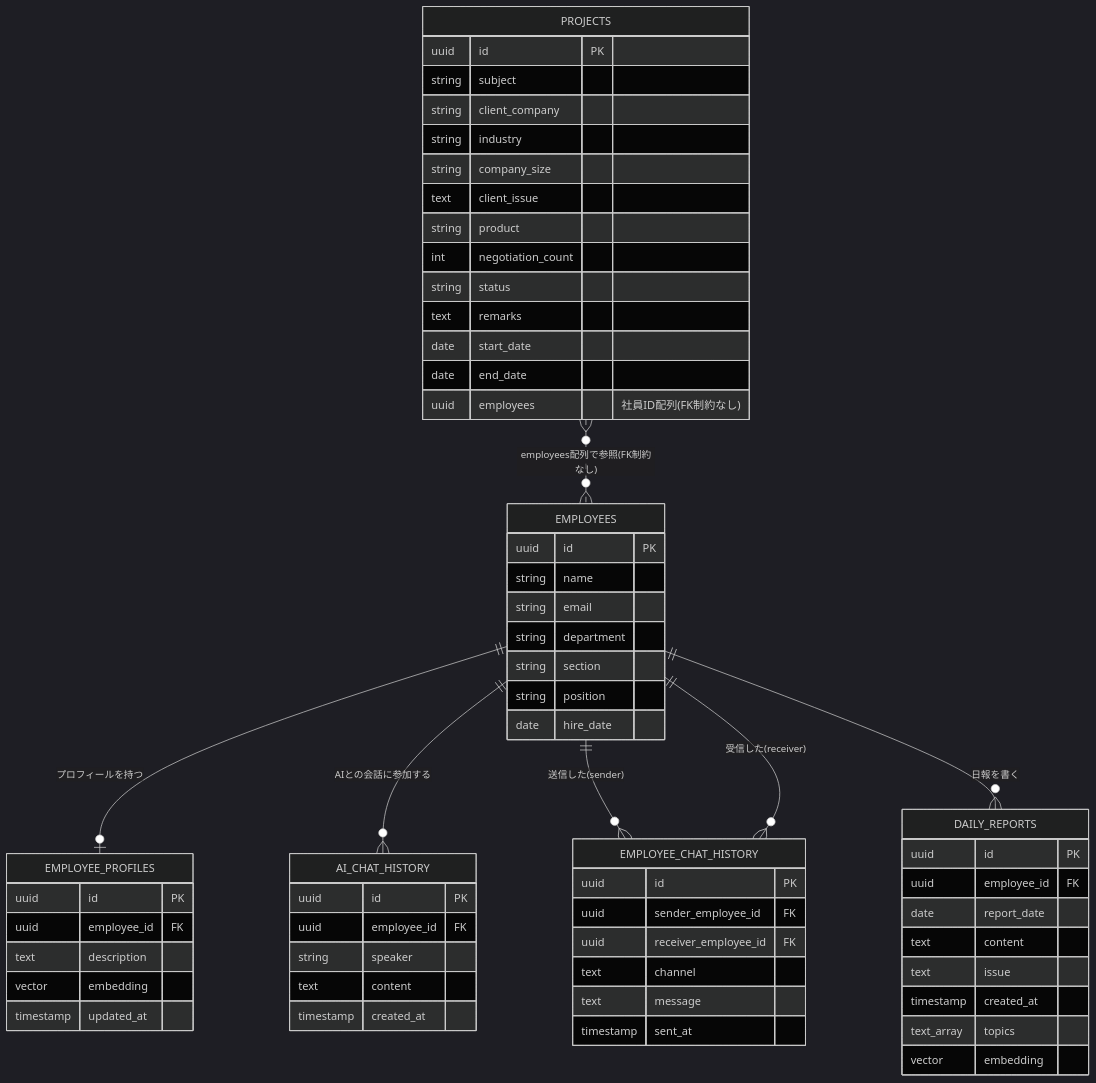
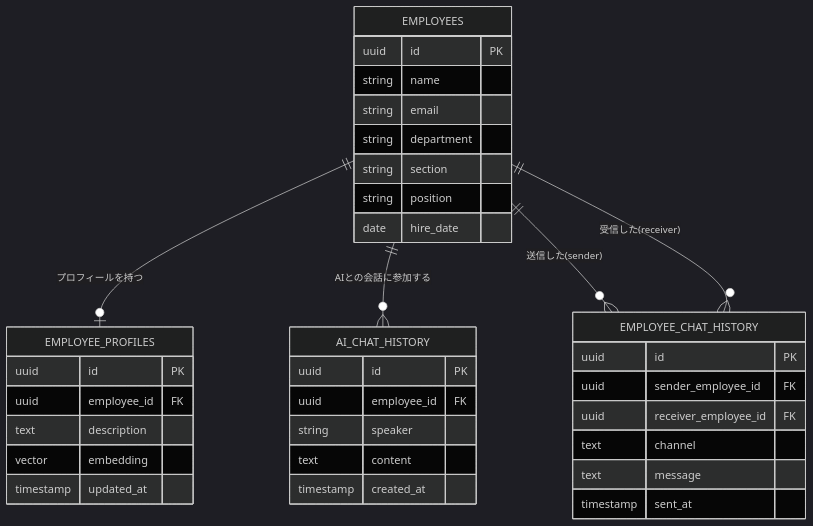
The first of 3 diagrams in docs/specs/db-schema.md (shiyow5/tekijin-next), drawn with Mermaid (dark theme) before and after one commit. The commit also changed other lines of this file and 24 other files, not shown here.

````diff
--- a/docs/specs/db-schema.md
+++ b/docs/specs/db-schema.md
@@ -18,66 +20,39 @@
 ```mermaid
 erDiagram
   EMPLOYEES ||--o| EMPLOYEE_PROFILES : "プロフィールを持つ"
   EMPLOYEES ||--o{ AI_CHAT_HISTORY : "AIとの会話に参加する"
   EMPLOYEES ||--o{ EMPLOYEE_CHAT_HISTORY : "送信した(sender)"
   EMPLOYEES ||--o{ EMPLOYEE_CHAT_HISTORY : "受信した(receiver)"
-  EMPLOYEES ||--o{ DAILY_REPORTS : "日報を書く"
-  PROJECTS }o..o{ EMPLOYEES : "employees配列で参照(FK制約なし)"
 
   EMPLOYEES {
     uuid id PK
     string name
     string email
     string department
     string section
     string position
     date hire_date
   }
   EMPLOYEE_PROFILES {
     uuid id PK
     uuid employee_id FK
     text description
     vector embedding
     timestamp updated_at
   }
   AI_CHAT_HISTORY {
     uuid id PK
     uuid employee_id FK
     string speaker
     text content
     timestamp created_at
   }
   EMPLOYEE_CHAT_HISTORY {
     uuid id PK
     uuid sender_employee_id FK
     uuid receiver_employee_id FK
     text channel
     text message
     timestamp sent_at
   }
-  DAILY_REPORTS {
-    uuid id PK
-    uuid employee_id FK
-    date report_date
-    text content
-    text issue
-    timestamp created_at
-    text_array topics
-    vector embedding
-  }
-  PROJECTS {
-    uuid id PK
-    string subject
-    string client_company
-    string industry
-    string company_size
-    text client_issue
-    string product
-    int negotiation_count
-    string status
-    text remarks
-    date start_date
-    date end_date
-    uuid employees "社員ID配列(FK制約なし)"
-  }
 ```
````
